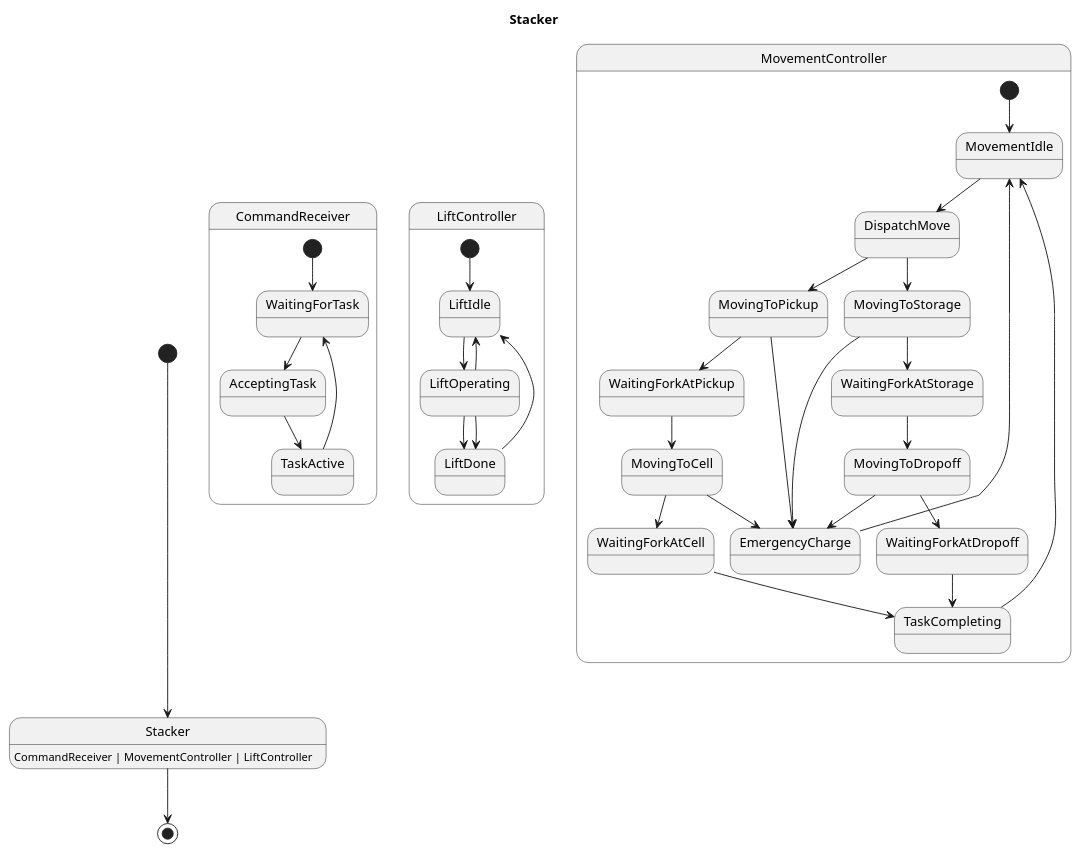
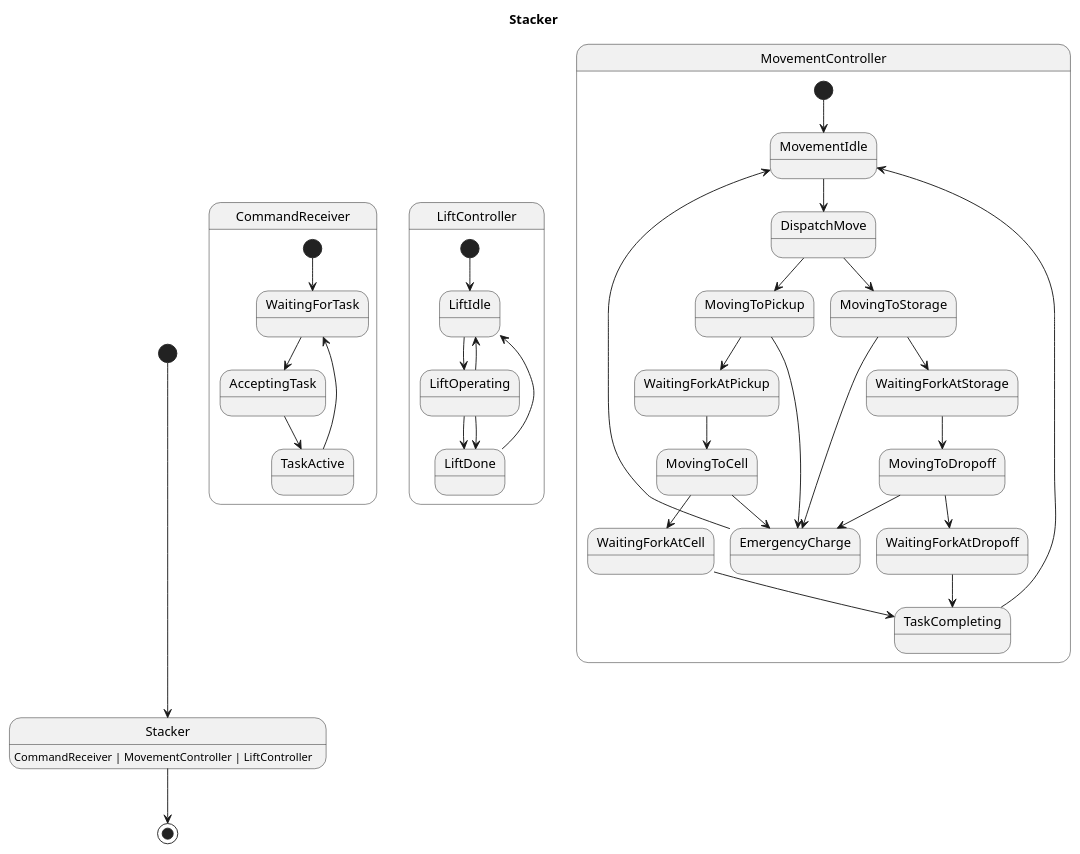
Before and after one commit to Pastor/Takt: the diagram in examples/generated/plantuml/stacker.puml, drawn with PlantUML. The commit also changed other lines of this file and 13 other files, not shown here.

```diff
--- a/examples/generated/plantuml/stacker.puml
+++ b/examples/generated/plantuml/stacker.puml
@@ -1,45 +1,45 @@
 @startuml
 title Stacker
 
 [*] --> Stacker
 Stacker : CommandReceiver | MovementController | LiftController
 Stacker --> [*]
 
 state CommandReceiver {
     [*] --> WaitingForTask
-    WaitingForTask --> AcceptingTask
     TaskActive --> WaitingForTask
     AcceptingTask --> TaskActive
+    WaitingForTask --> AcceptingTask
 }
 
 state LiftController {
     [*] --> LiftIdle
-    LiftDone --> LiftIdle
     LiftOperating --> LiftDone
     LiftOperating --> LiftDone
     LiftOperating --> LiftIdle
+    LiftDone --> LiftIdle
     LiftIdle --> LiftOperating
 }
 
 state MovementController {
     [*] --> MovementIdle
-    EmergencyCharge --> MovementIdle
+    MovingToCell --> WaitingForkAtCell
+    MovingToCell --> EmergencyCharge
+    MovingToDropoff --> WaitingForkAtDropoff
+    MovingToDropoff --> EmergencyCharge
+    MovementIdle --> DispatchMove
+    WaitingForkAtCell --> TaskCompleting
+    WaitingForkAtDropoff --> TaskCompleting
+    DispatchMove --> MovingToPickup
+    DispatchMove --> MovingToStorage
     MovingToPickup --> WaitingForkAtPickup
     MovingToPickup --> EmergencyCharge
-    WaitingForkAtPickup --> MovingToCell
-    MovingToCell --> WaitingForkAtCell
-    MovingToCell --> EmergencyCharge
-    TaskCompleting --> MovementIdle
-    MovementIdle --> DispatchMove
     WaitingForkAtStorage --> MovingToDropoff
     MovingToStorage --> WaitingForkAtStorage
     MovingToStorage --> EmergencyCharge
-    WaitingForkAtDropoff --> TaskCompleting
-    WaitingForkAtCell --> TaskCompleting
-    DispatchMove --> MovingToPickup
-    DispatchMove --> MovingToStorage
-    MovingToDropoff --> WaitingForkAtDropoff
-    MovingToDropoff --> EmergencyCharge
+    TaskCompleting --> MovementIdle
+    WaitingForkAtPickup --> MovingToCell
+    EmergencyCharge --> MovementIdle
 }
 
 @enduml
```
